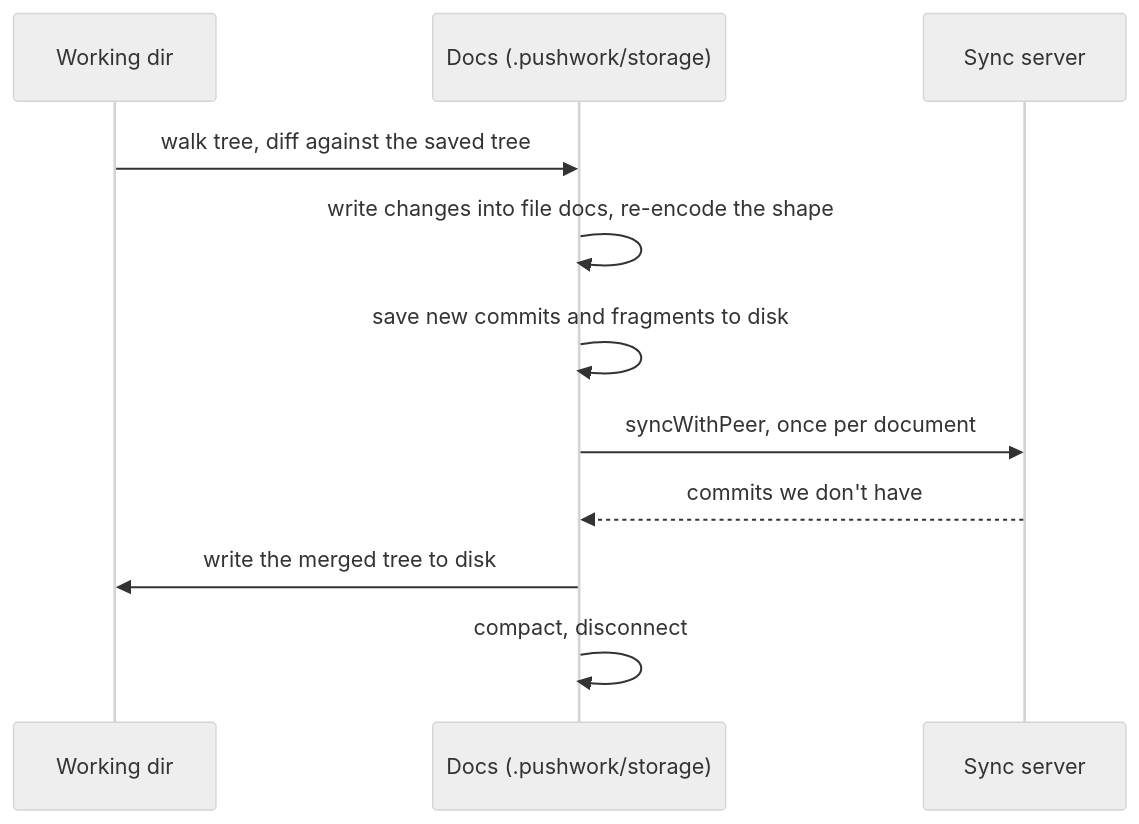
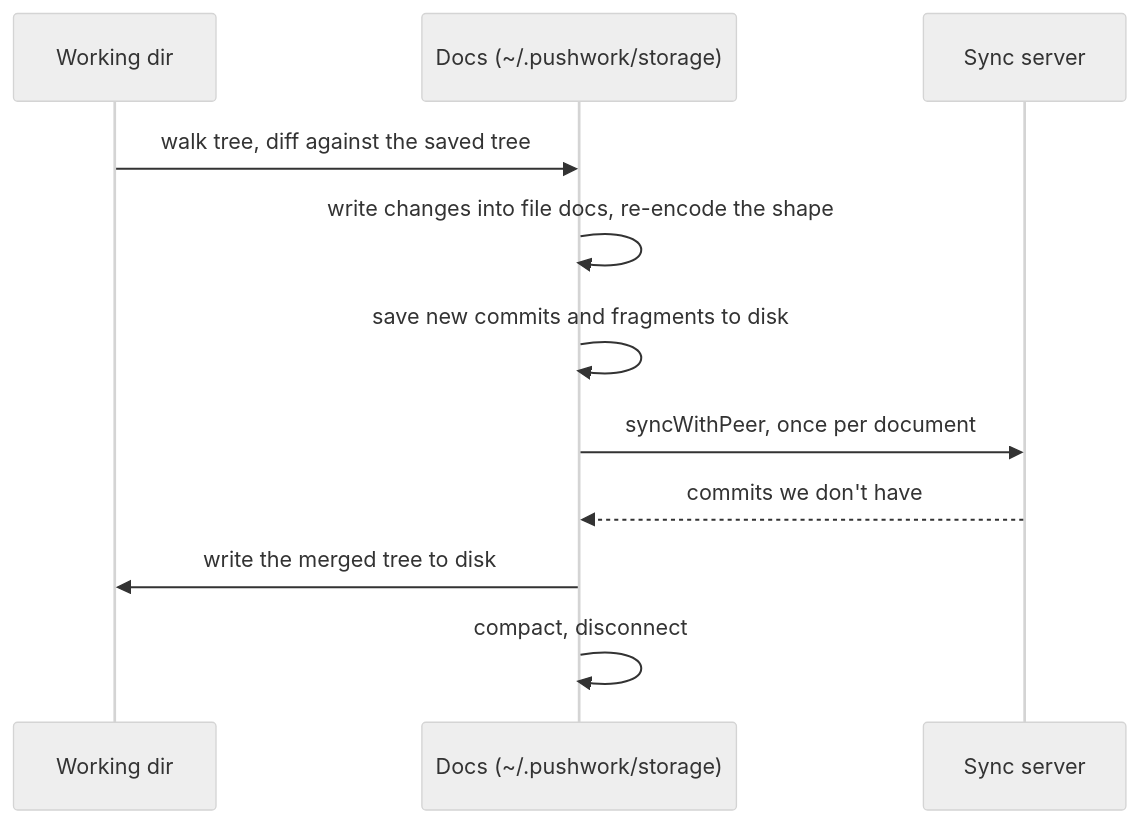
Before and after one commit to inkandswitch/pushwork: the diagram in design/sync.md, drawn with Mermaid (neutral theme). The commit also changed other lines of this file and 4 other files, not shown here.

````diff
--- a/design/sync.md
+++ b/design/sync.md
@@ -7,14 +7,14 @@
 ```mermaid
 sequenceDiagram
     participant W as Working dir
-    participant D as Docs (.pushwork/storage)
+    participant D as Docs (~/.pushwork/storage)
     participant S as Sync server
 
     W->>D: walk tree, diff against the saved tree
     D->>D: write changes into file docs, re-encode the shape
     D->>D: save new commits and fragments to disk
     D->>S: syncWithPeer, once per document
     S-->>D: commits we don't have
     D->>W: write the merged tree to disk
     D->>D: compact, disconnect
 ```
````
